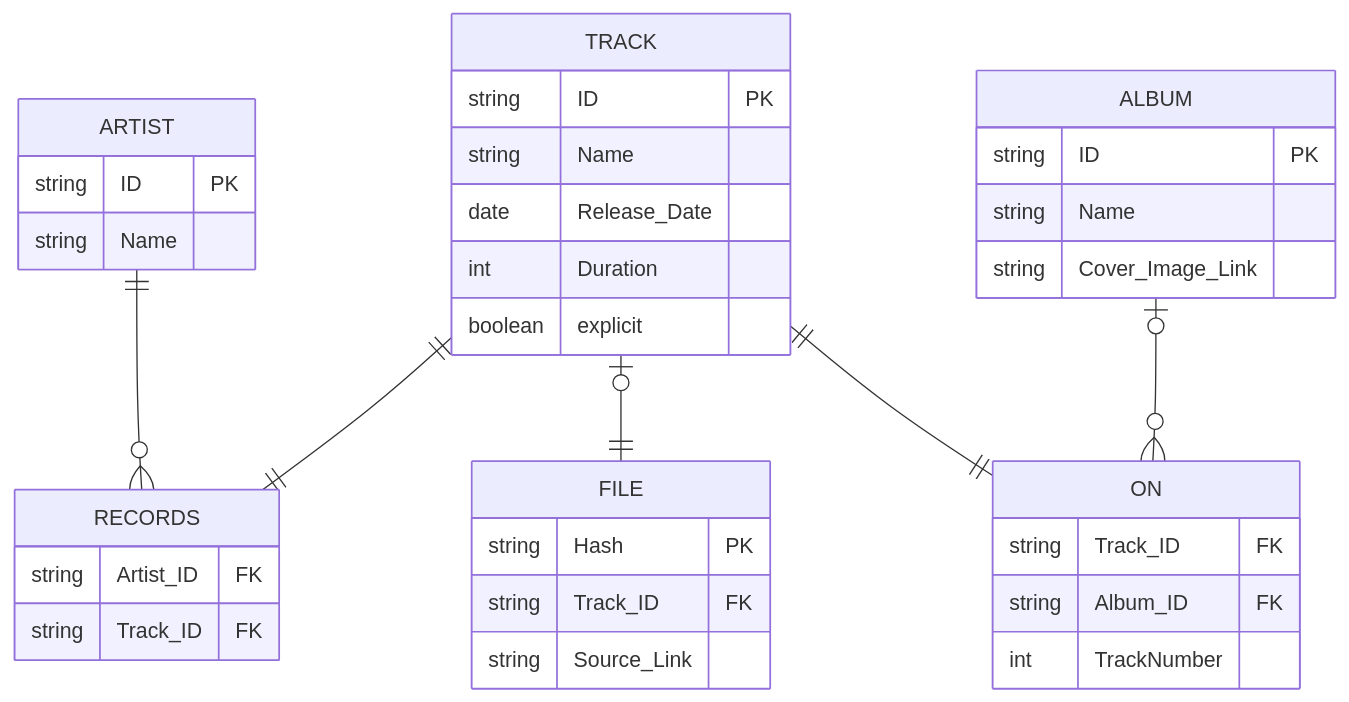
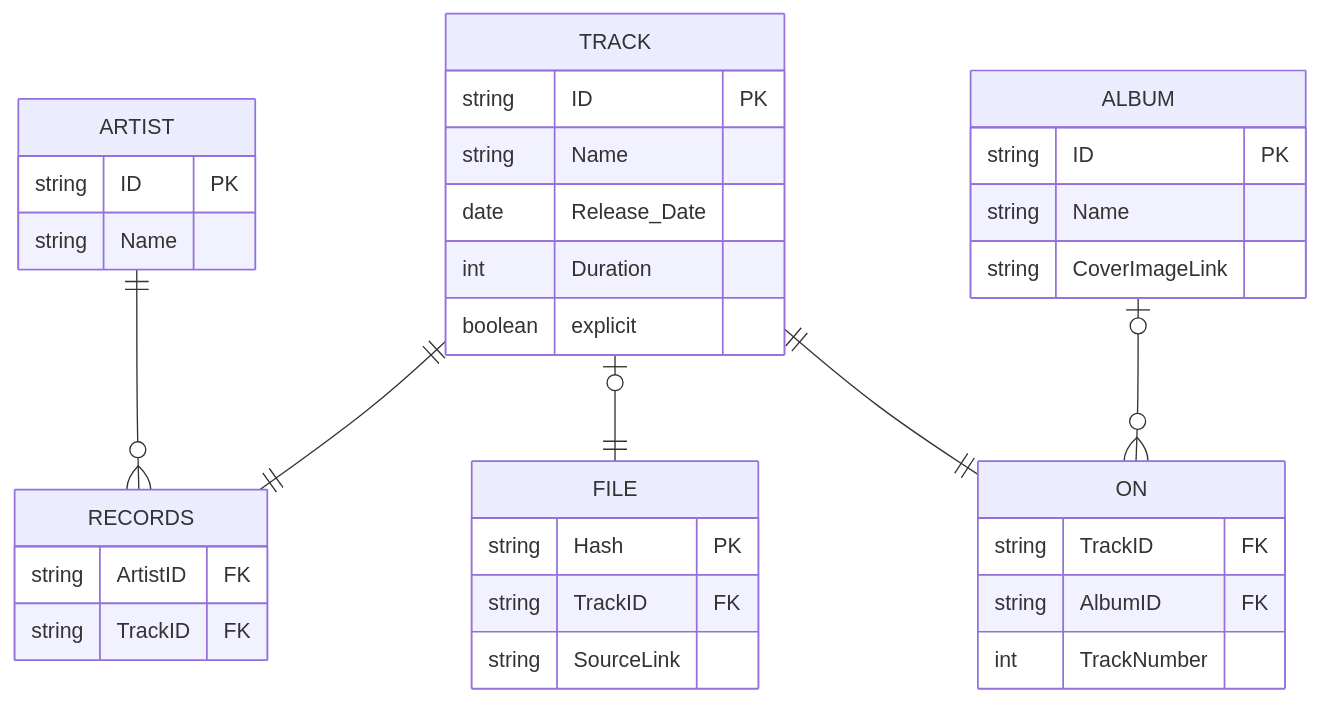
One commit to me11203sci/wiki-application-for-tunes changed the diagram in README.md. Above: the diagram before and after it, drawn with Mermaid.

Commit message:
Update README.md to update ER Diagram casing
Enforced PascalCase for ER Diagram attributes.

````diff
--- a/README.md
+++ b/README.md
@@ -23,38 +23,38 @@
 ```mermaid
 erDiagram
     ARTIST {
         string ID PK
         string Name
     }
     TRACK {
         string ID PK
         string Name
         date Release_Date
         int Duration
         boolean explicit
     }
     ALBUM {
         string ID PK
         string Name
-        string Cover_Image_Link
+        string CoverImageLink
     }
     FILE {
         string Hash PK
-        string Track_ID FK
-        string Source_Link
+        string TrackID FK
+        string SourceLink
     }
     RECORDS {
-        string Artist_ID FK
-        string Track_ID FK
+        string ArtistID FK
+        string TrackID FK
     }
     ON {
-        string Track_ID FK
-        string Album_ID FK
+        string TrackID FK
+        string AlbumID FK
         int TrackNumber
     }
     ARTIST ||--o{ RECORDS : ""
     TRACK ||--|| RECORDS : ""
     TRACK o|--|| FILE : ""
     TRACK ||--|| ON : ""
     ALBUM o|--o{ ON : ""
 ```
````
